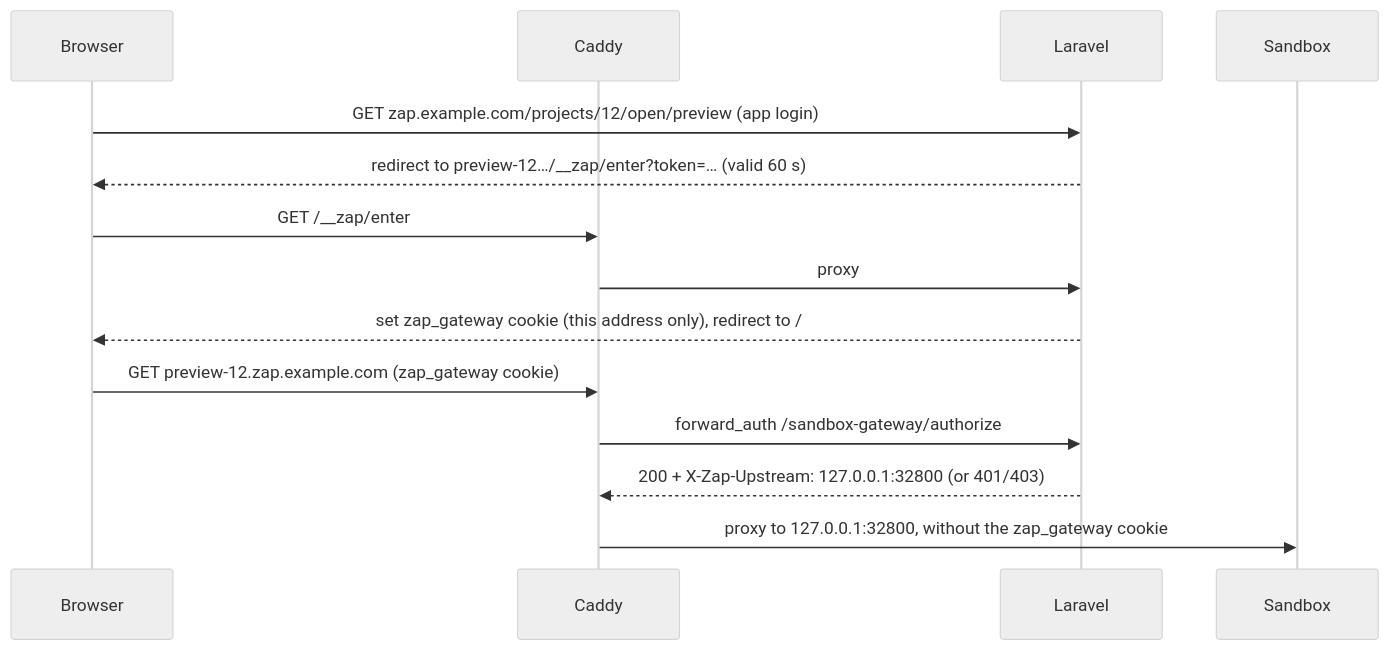
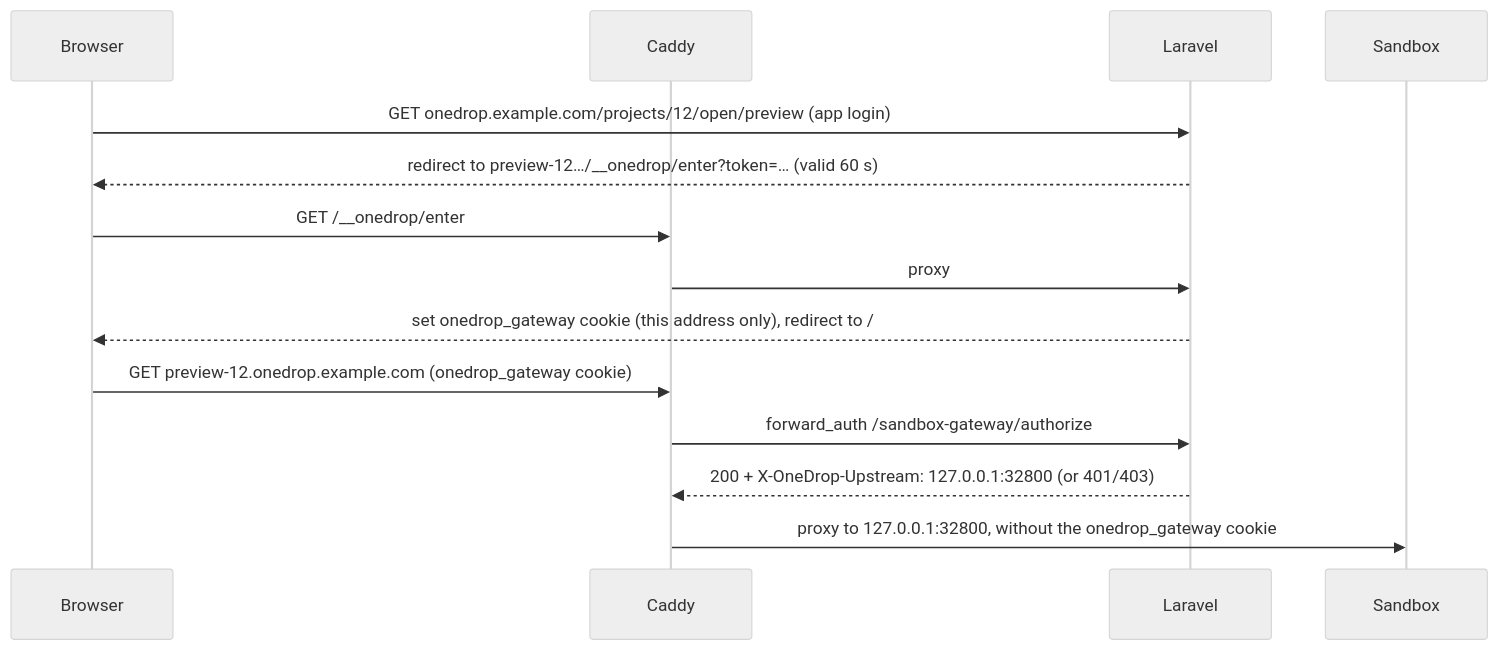
Before and after one commit to onedrop-io/onedrop: the diagram in docs/self-hosting/server-mode.mdx, drawn with Mermaid (neutral theme). The commit also changed other lines of this file and 250 other files, not shown here.

````diff
--- a/docs/self-hosting/server-mode.mdx
+++ b/docs/self-hosting/server-mode.mdx
@@ -17,16 +17,16 @@
 ```mermaid
 sequenceDiagram
     participant B as Browser
     participant C as Caddy
     participant L as Laravel
     participant S as Sandbox
-    B->>L: GET zap.example.com/projects/12/open/preview (app login)
-    L-->>B: redirect to preview-12…/__zap/enter?token=… (valid 60 s)
-    B->>C: GET /__zap/enter
+    B->>L: GET onedrop.example.com/projects/12/open/preview (app login)
+    L-->>B: redirect to preview-12…/__onedrop/enter?token=… (valid 60 s)
+    B->>C: GET /__onedrop/enter
     C->>L: proxy
-    L-->>B: set zap_gateway cookie (this address only), redirect to /
-    B->>C: GET preview-12.zap.example.com (zap_gateway cookie)
+    L-->>B: set onedrop_gateway cookie (this address only), redirect to /
+    B->>C: GET preview-12.onedrop.example.com (onedrop_gateway cookie)
     C->>L: forward_auth /sandbox-gateway/authorize
-    L-->>C: 200 + X-Zap-Upstream: 127.0.0.1:32800 (or 401/403)
-    C->>S: proxy to 127.0.0.1:32800, without the zap_gateway cookie
+    L-->>C: 200 + X-OneDrop-Upstream: 127.0.0.1:32800 (or 401/403)
+    C->>S: proxy to 127.0.0.1:32800, without the onedrop_gateway cookie
 ```
````
